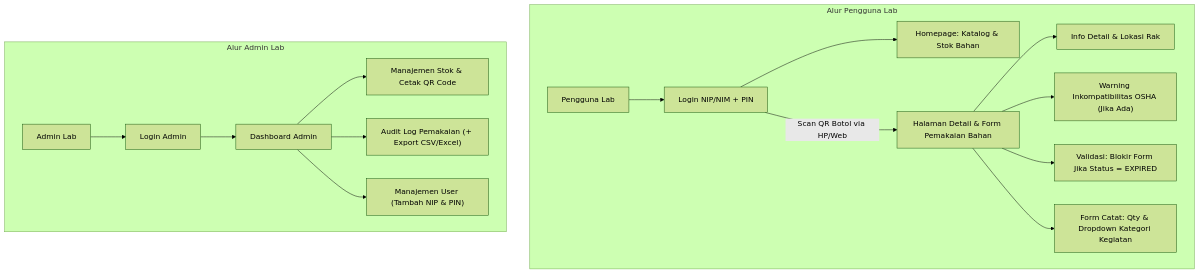
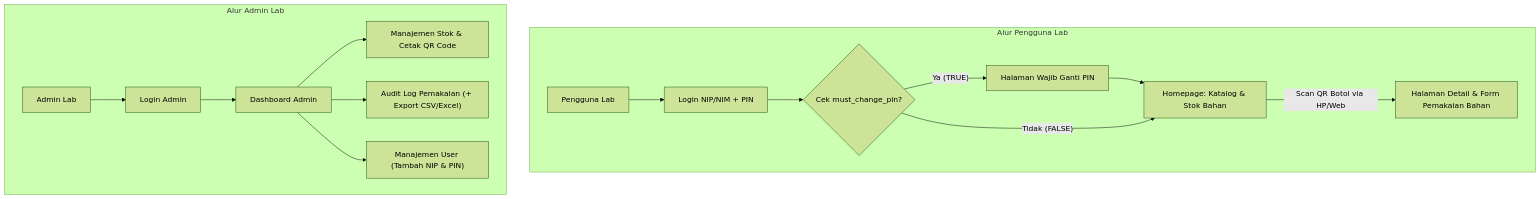
One commit to Z1danp/renik-lab changed the diagram in docs/user-flow-and-requiresment.md. Above: the diagram before and after it, drawn with Mermaid (forest theme). The commit also changed other lines of this file and 2 other files, not shown here.

Commit message:
feat: force change pin

````diff
--- a/docs/user-flow-and-requiresment.md
+++ b/docs/user-flow-and-requiresment.md
@@ -5,23 +5,25 @@
 ```mermaid
 flowchart TD
     subgraph UserSection ["Alur Pengguna Lab"]
         U1["Pengguna Lab"] --> U2["Login NIP/NIM + PIN"]
-        U2 --> U3["Homepage: Katalog & Stok Bahan"]
-        U2 -- "Scan QR Botol via HP/Web" --> U4["Halaman Detail & Form Pemakaian Bahan"]
-
-        U4 --> U4A["Info Detail & Lokasi Rak"]
-        U4 --> U4B["Warning Inkompatibilitas OSHA (Jika Ada)"]
-        U4 --> U4C["Validasi: Blokir Form Jika Status = EXPIRED"]
-        U4 --> U4D["Form Catat: Qty & Dropdown Kategori Kegiatan"]
+        U2 --> U2A{"Cek must_change_pin?"}
+        
+        U2A -- "Ya (TRUE)" --> U2B["Halaman Wajib Ganti PIN"]
+        U2B --> U3
+        
+        U2A -- "Tidak (FALSE)" --> U3["Homepage: Katalog & Stok Bahan"]
+        U3 -- "Scan QR Botol via HP/Web" --> U4["Halaman Detail & Form Pemakaian Bahan"]
+        
+        %% (Sisa flow sama seperti sebelumnya)
     end
 
     subgraph AdminSection ["Alur Admin Lab"]
         A1["Admin Lab"] --> A2["Login Admin"]
         A2 --> A3["Dashboard Admin"]
 
         A3 --> A3A["Manajemen Stok & Cetak QR Code"]
         A3 --> A3B["Audit Log Pemakaian (+ Export CSV/Excel)"]
         A3 --> A3C["Manajemen User (Tambah NIP & PIN)"]
     end
 
 ```
````
